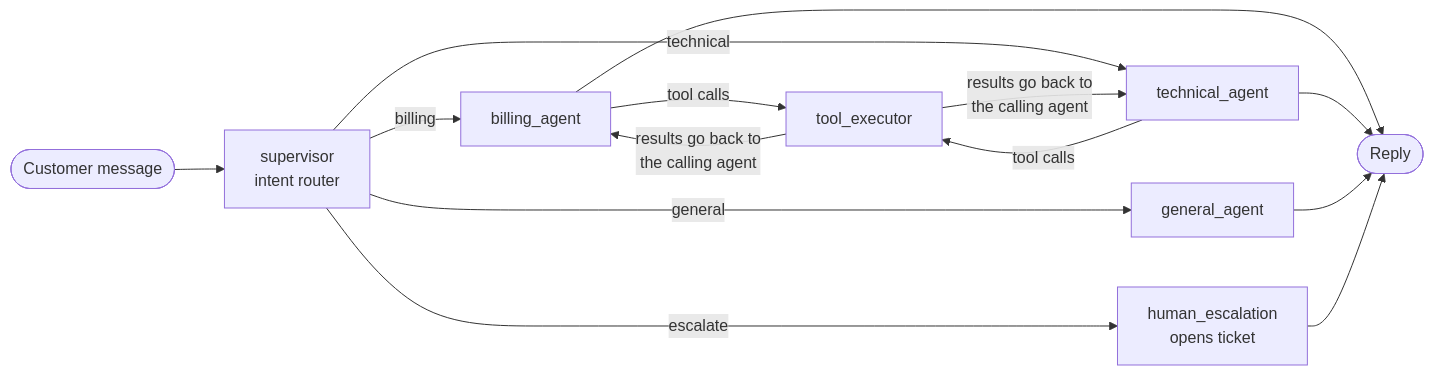
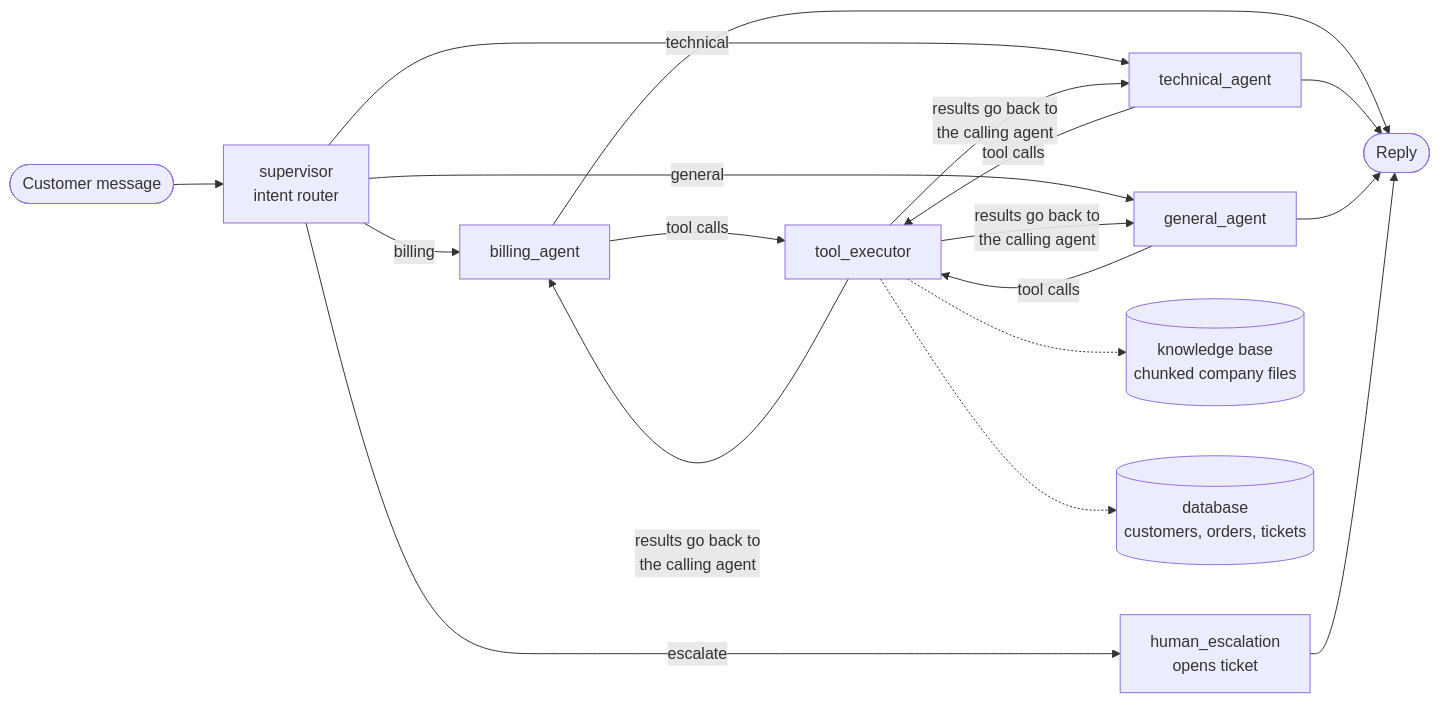
The diagram in README.md (MobiNomi/Multi-Agent-Customer-Support), drawn with Mermaid before and after one commit. The commit also changed other lines of this file and 34 other files, not shown here.

Commit message:
Knowledge base: company docs, heading-aware chunking, BM25 RAG tool, retrieval eval

````diff
--- a/README.md
+++ b/README.md
@@ -5,12 +5,14 @@
 ```mermaid
 flowchart LR
     U([Customer message]) --> S[supervisor<br/>intent router]
     S -->|billing| B[billing_agent]
     S -->|technical| T[technical_agent]
     S -->|general| G[general_agent]
     S -->|escalate| H[human_escalation<br/>opens ticket]
-    B & T -->|tool calls| X[tool_executor]
-    X -->|results go back to<br/>the calling agent| B & T
+    B & T & G -->|tool calls| X[tool_executor]
+    X -->|results go back to<br/>the calling agent| B & T & G
+    X -.-> K[(knowledge base<br/>chunked company files)]
+    X -.-> D[(database<br/>customers, orders, tickets)]
     B & T & G --> E([Reply])
     H --> E
 ```
````
